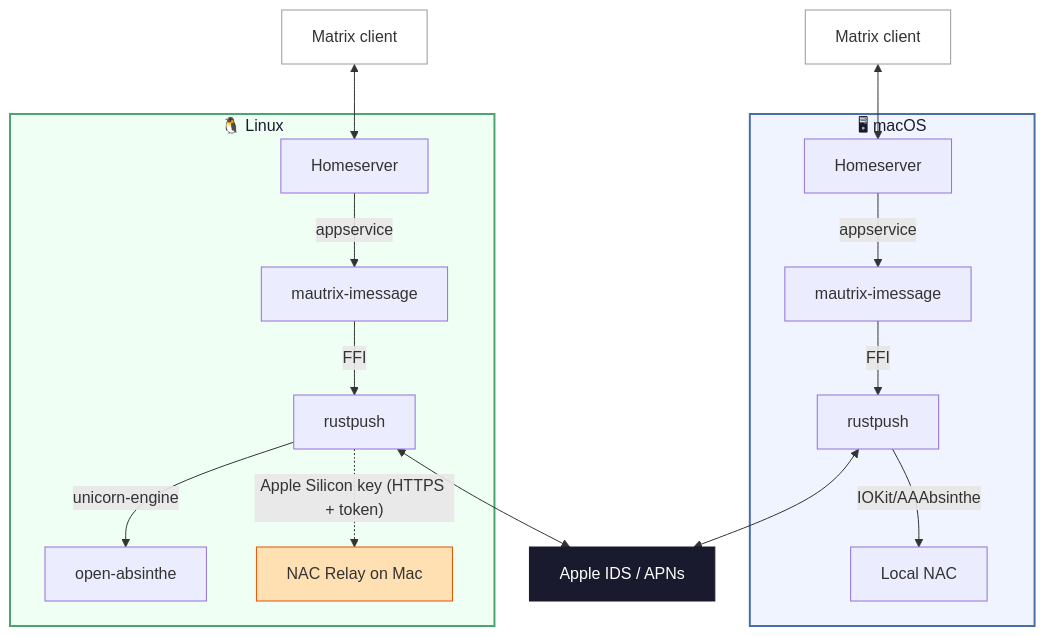
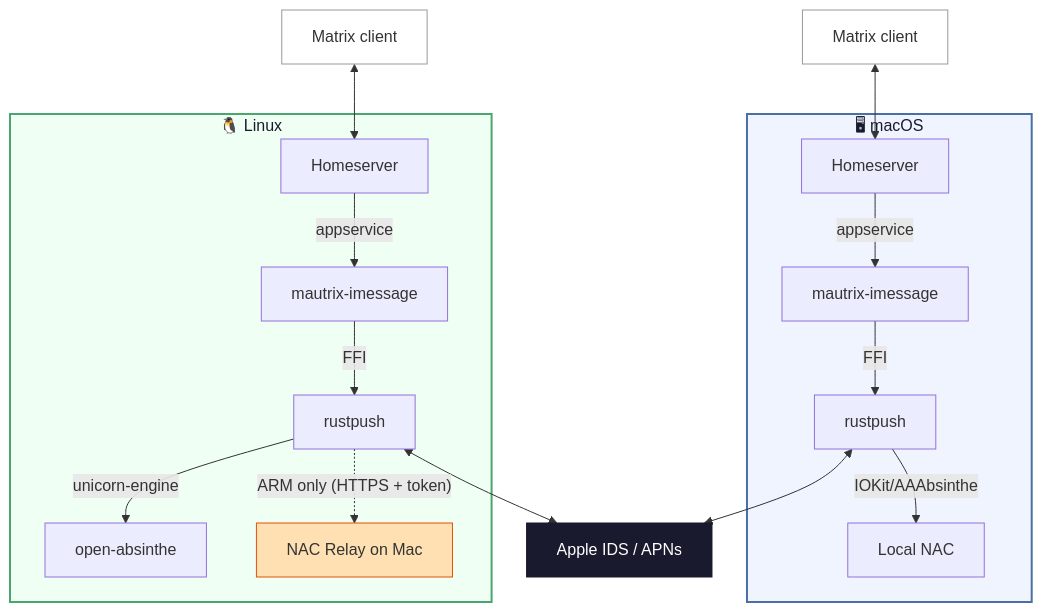
One commit to jeffersonveloso/imessage changed the diagram in README.md. Above: the diagram before and after it, drawn with Mermaid. The commit also changed other lines of this file, not shown here.

First line of the commit message:
Clarify README: NAC relay only needed for ARM Docker, not x86_64 Linux

````diff
--- a/README.md
+++ b/README.md
@@ -199,25 +205,25 @@
 ```mermaid
 flowchart TB
     subgraph macos["🖥 macOS"]
         HS1[Homeserver] -- appservice --> Bridge1[mautrix-imessage]
         Bridge1 -- FFI --> RP1[rustpush]
         RP1 -- IOKit/AAAbsinthe --> NAC1[Local NAC]
     end
     subgraph linux["🐧 Linux"]
         HS2[Homeserver] -- appservice --> Bridge2[mautrix-imessage]
         Bridge2 -- FFI --> RP2[rustpush]
         RP2 -- unicorn-engine --> NAC2[open-absinthe]
-        RP2 -. "Apple Silicon key (HTTPS + token)" .-> Relay[NAC Relay on Mac]
+        RP2 -. "ARM only (HTTPS + token)" .-> Relay[NAC Relay on Mac]
     end
     Client1[Matrix client] <--> HS1
     Client2[Matrix client] <--> HS2
     RP1 <--> Apple[Apple IDS / APNs]
     RP2 <--> Apple
 
     style macos fill:#f0f4ff,stroke:#4a6fa5,stroke-width:2px,color:#1a1a2e
     style linux fill:#f0fff4,stroke:#4aa56f,stroke-width:2px,color:#1a1a2e
     style Apple fill:#1a1a2e,stroke:#1a1a2e,color:#fff
     style Client1 fill:#fff,stroke:#999,color:#333
     style Client2 fill:#fff,stroke:#999,color:#333
     style Relay fill:#ffe0b2,stroke:#e65100,color:#333
 ```
````
